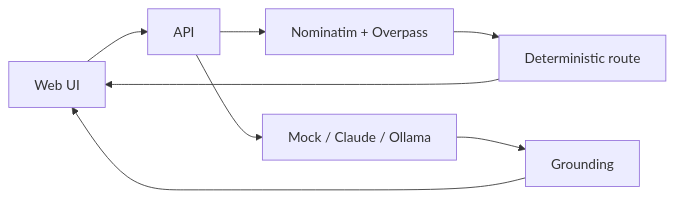
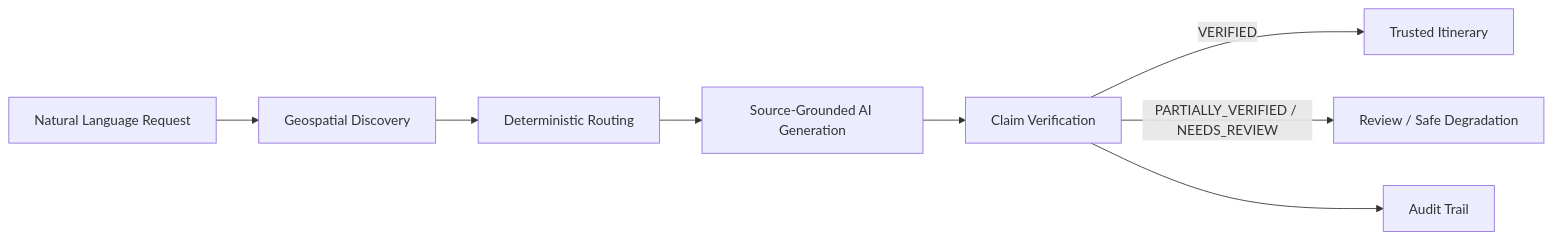
One commit to Jithin-J-Nair/Trail-Forge changed the diagram in README.md. Above: the diagram before and after it, drawn with Mermaid. The commit also changed other lines of this file and 133 other files, not shown here.

````diff
--- a/README.md
+++ b/README.md
@@ -19,10 +93,10 @@
 ```mermaid
 flowchart LR
-  Web[Web UI] --> API
-  API --> OSM[Nominatim + Overpass]
-  API --> LLM[Mock / Claude / Ollama]
-  LLM --> Ground[Grounding]
-  OSM --> Route[Deterministic route]
-  Ground --> Web
-  Route --> Web
+  Q[Natural Language Request] --> D[Geospatial Discovery]
+  D --> R[Deterministic Routing]
+  R --> A[Source-Grounded AI Generation]
+  A --> V[Claim Verification]
+  V -->|VERIFIED| I[Trusted Itinerary]
+  V -->|PARTIALLY_VERIFIED / NEEDS_REVIEW| Review[Review / Safe Degradation]
+  V --> Audit[Audit Trail]
 ```
````
